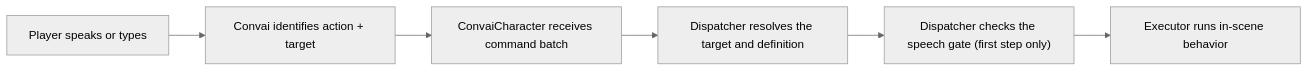
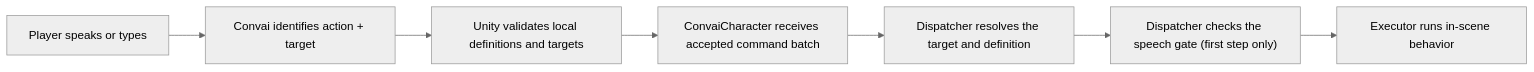
The diagram in plugins-and-integrations/convai-unity-sdk/features/character-actions/how-character-actions-work.md (Conv-AI/Convai-Documentation), drawn with Mermaid (neutral theme) before and after one commit. The commit also changed other lines of this file and 42 other files, not shown here.

````diff
--- a/plugins-and-integrations/convai-unity-sdk/features/character-actions/how-character-actions-work.md
+++ b/plugins-and-integrations/convai-unity-sdk/features/character-actions/how-character-actions-work.md
@@ -13,8 +13,9 @@
 ```mermaid
 graph LR
     A["Player speaks or types"] --> B["Convai identifies action + target"]
-    B --> C["ConvaiCharacter receives command batch"]
+    B --> V["Unity validates local definitions and targets"]
+    V --> C["ConvaiCharacter receives accepted command batch"]
     C --> D["Dispatcher resolves the target and definition"]
     D --> E["Dispatcher checks the speech gate (first step only)"]
     E --> F["Executor runs in-scene behavior"]
 ```
````
